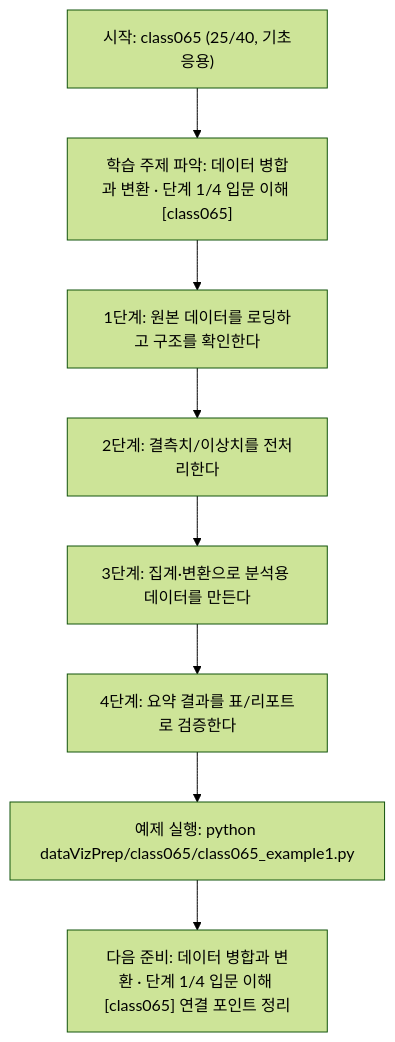
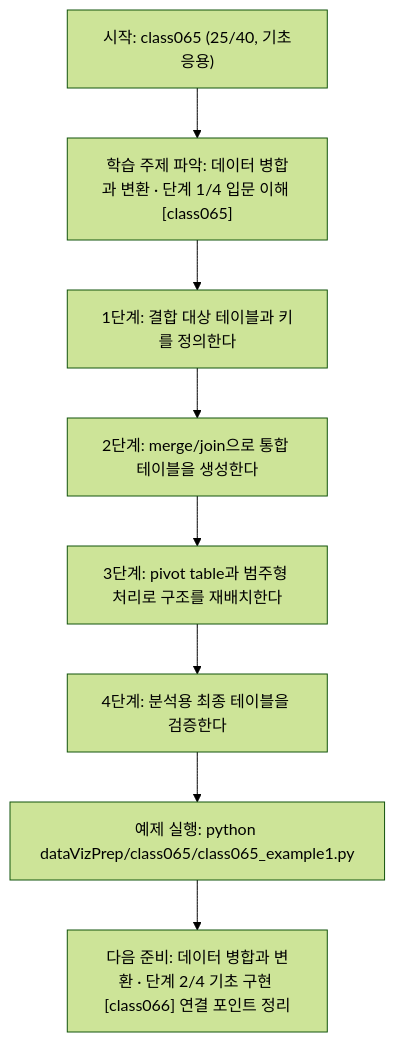
Before and after one commit to edumgt/Python-AI_Agent-Class: the diagram in dataVizPrep/class065/class065.md, drawn with Mermaid (forest theme). The commit also changed other lines of this file and 283 other files, not shown here.

````diff
--- a/dataVizPrep/class065/class065.md
+++ b/dataVizPrep/class065/class065.md
@@ -111,18 +92,18 @@
 ```mermaid
 flowchart TD
 N1["시작: class065 (25/40, 기초응용)"]
 N2["학습 주제 파악: 데이터 병합과 변환 · 단계 1/4 입문 이해 [class065]"]
-N3["1단계: 원본 데이터를 로딩하고 구조를 확인한다"]
-N4["2단계: 결측치/이상치를 전처리한다"]
-N5["3단계: 집계·변환으로 분석용 데이터를 만든다"]
-N6["4단계: 요약 결과를 표/리포트로 검증한다"]
+N3["1단계: 결합 대상 테이블과 키를 정의한다"]
+N4["2단계: merge/join으로 통합 테이블을 생성한다"]
+N5["3단계: pivot table과 범주형 처리로 구조를 재배치한다"]
+N6["4단계: 분석용 최종 테이블을 검증한다"]
 N7["예제 실행: python dataVizPrep/class065/class065_example1.py"]
-N8["다음 준비: 데이터 병합과 변환 · 단계 1/4 입문 이해 [class065] 연결 포인트 정리"]
+N8["다음 준비: 데이터 병합과 변환 · 단계 2/4 기초 구현 [class066] 연결 포인트 정리"]
 N1 --> N2
 N2 --> N3
 N3 --> N4
 N4 --> N5
 N5 --> N6
 N6 --> N7
 N7 --> N8
 ```
````
